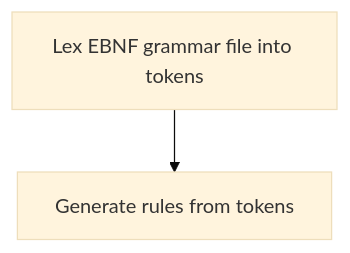
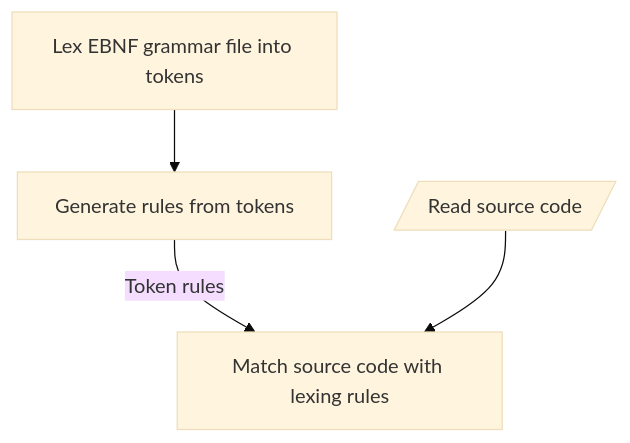
The second of 2 diagrams in docs/working.md (abelvandenbussche/compiler), drawn with Mermaid (base theme) before and after one commit. The commit also changed other lines of this file, not shown here.

Commit message:
Update flowchart about compiler working

````diff
--- a/docs/working.md
+++ b/docs/working.md
@@ -31,7 +31,13 @@
 ```mermaid 
 flowchart TD
+
 lexing[Lex EBNF grammar file into tokens]
 rule_gen[Generate rules from tokens]
 
+source_code[/Read source code/]
+rule_matching[Match source code with lexing rules]
+
 lexing --> rule_gen
-```
+rule_gen --> |Token rules| rule_matching
+source_code --> rule_matching
+``` 
````
